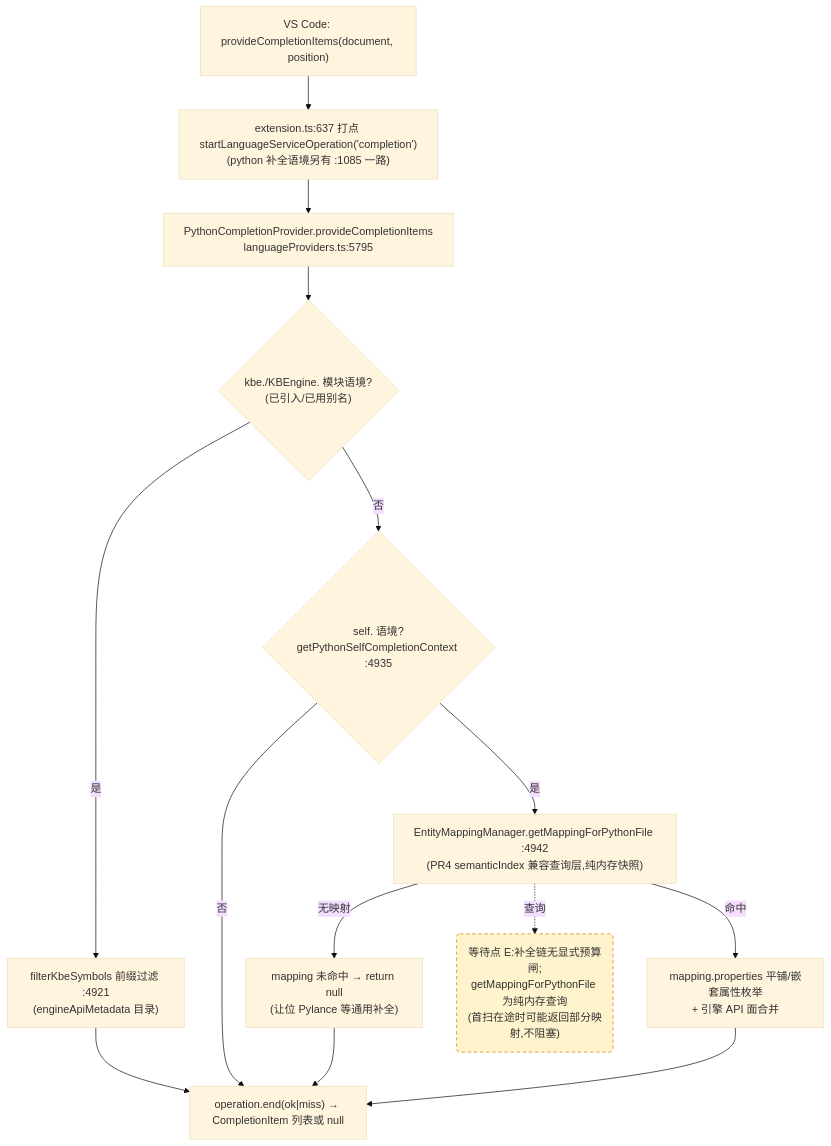
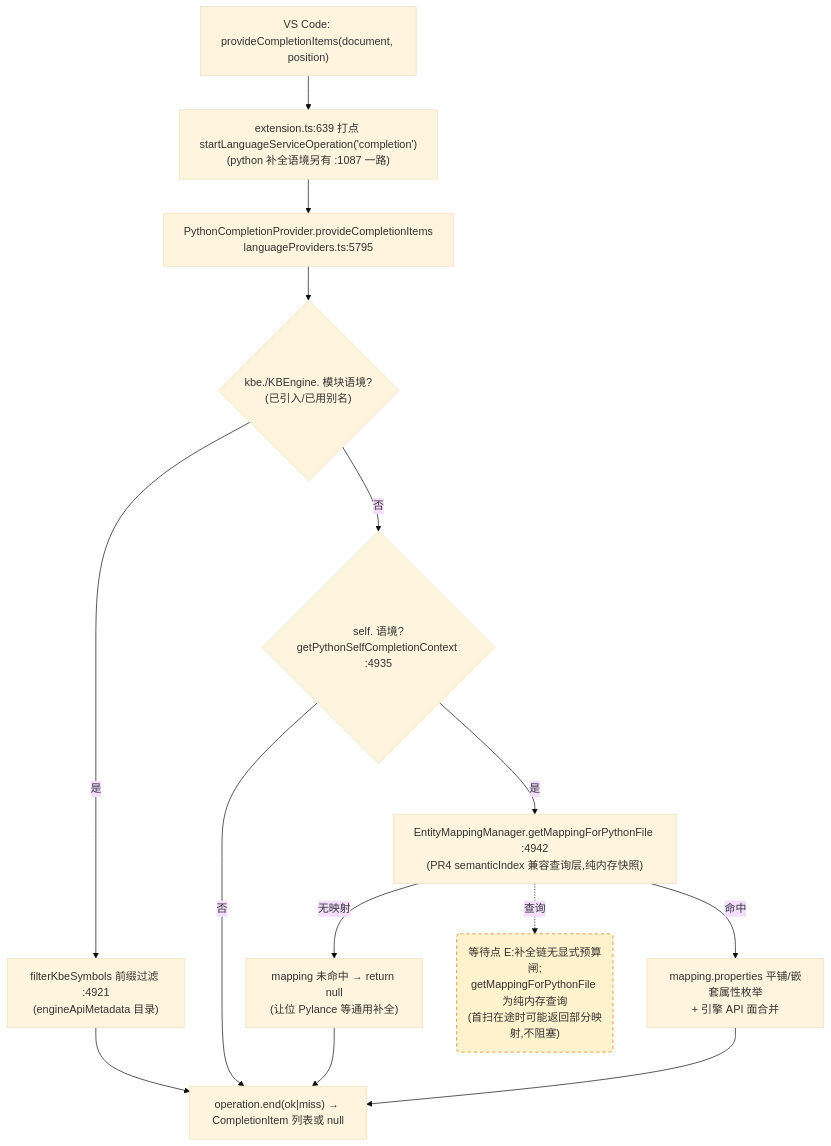
Before and after one commit to cuihairu/kode: the third of 4 diagrams in docs/perf/2026-baseline.md, drawn with Mermaid (base theme). The commit also changed other lines of this file and 11 other files, not shown here.

````diff
--- a/docs/perf/2026-baseline.md
+++ b/docs/perf/2026-baseline.md
@@ -184,27 +184,27 @@
 ```mermaid
 flowchart TD
   VC3["VS Code: provideCompletionItems(document, position)"]
-  M3["extension.ts:637 打点 startLanguageServiceOperation('completion')<br/>(python 补全语境另有 :1085 一路)"]
+  M3["extension.ts:639 打点 startLanguageServiceOperation('completion')<br/>(python 补全语境另有 :1087 一路)"]
   CP["PythonCompletionProvider.provideCompletionItems<br/>languageProviders.ts:5795"]
   KBEC{"kbe./KBEngine. 模块语境?<br/>(已引入/已用别名)"}
   FILTER["filterKbeSymbols 前缀过滤 :4921<br/>(engineApiMetadata 目录)"]
   SELFC{"self. 语境?<br/>getPythonSelfCompletionContext :4935"}
   MAP["EntityMappingManager.getMappingForPythonFile :4942<br/>(PR4 semanticIndex 兼容查询层,纯内存快照)"]
   NOMAP["mapping 未命中 → return null<br/>(让位 Pylance 等通用补全)"]
   PROPS["mapping.properties 平铺/嵌套属性枚举<br/>+ 引擎 API 面合并"]
   END3["operation.end(ok|miss) → CompletionItem 列表或 null"]
 
   VC3 --> M3 --> CP --> KBEC
   KBEC -- "是" --> FILTER --> END3
   KBEC -- "否" --> SELFC
   SELFC -- "否" --> END3
   SELFC -- "是" --> MAP
   MAP -- "无映射" --> NOMAP --> END3
   MAP -- "命中" --> PROPS --> END3
 
   WAITE("等待点 E:补全链无显式预算闸;<br/>getMappingForPythonFile 为纯内存查询<br/>(首扫在途时可能返回部分映射,不阻塞)")
   MAP -.->|查询| WAITE
 
   classDef waitPoint fill:#fff3cd,stroke:#d97706,stroke-dasharray:5 4;
   class WAITE waitPoint;
 ```
````
